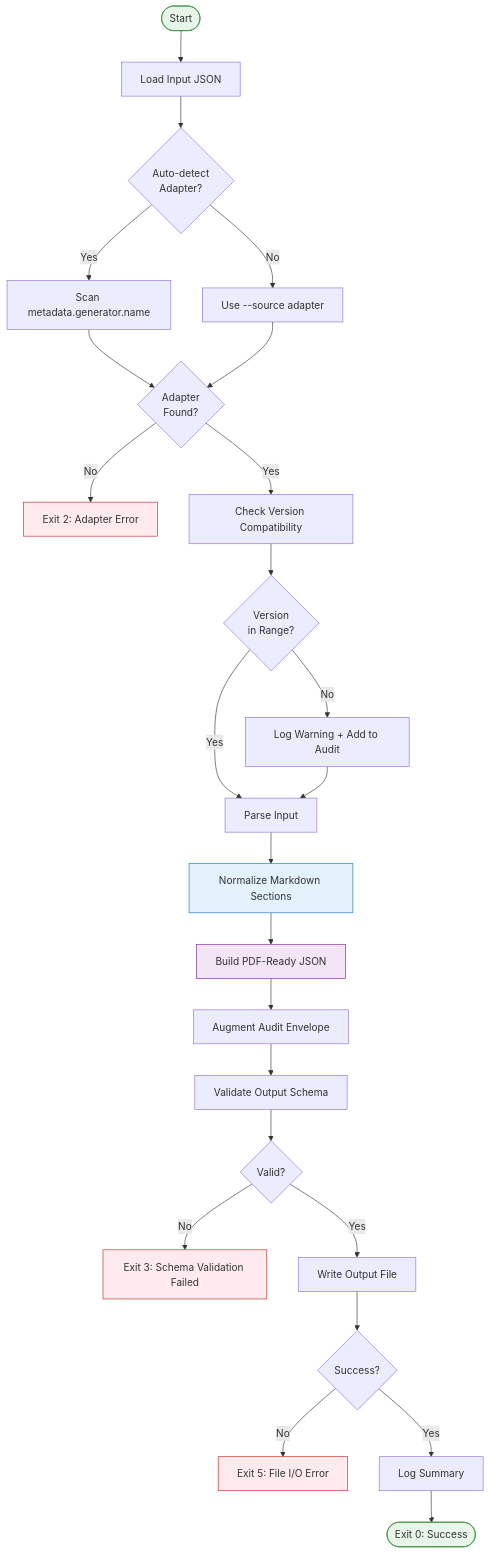
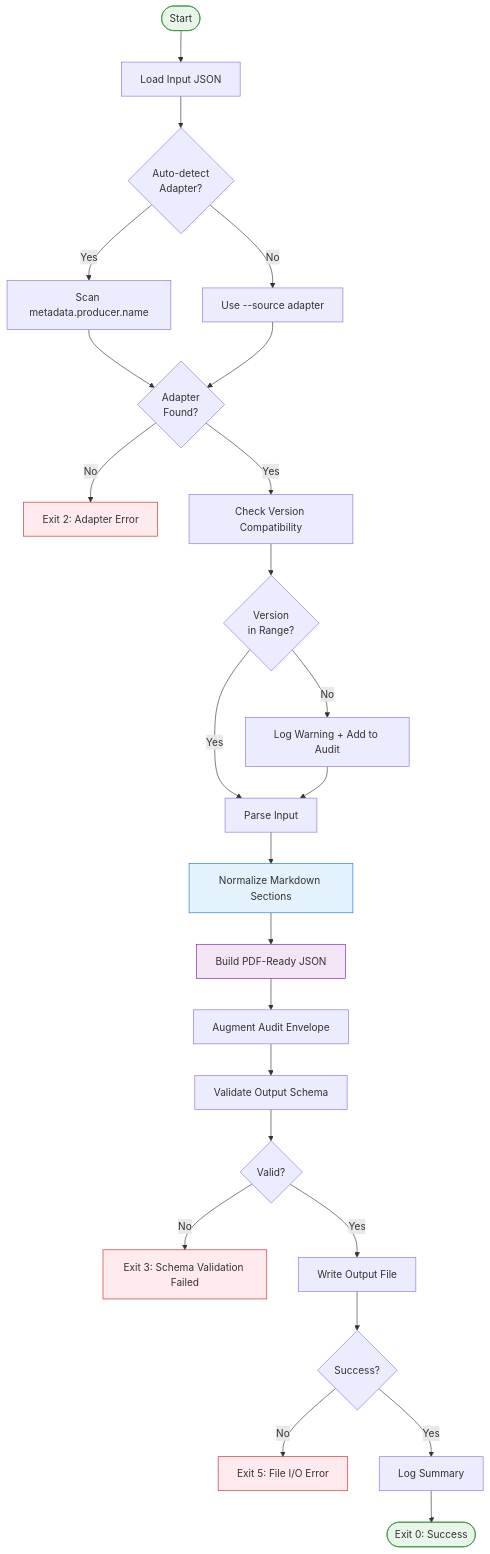
Before and after one commit to AbsaOSS/living-doc-toolkit: the second of 10 diagrams in docs/architecture.md, drawn with Mermaid. The commit also changed other lines of this file and 43 other files, not shown here.

First line of the commit message:
Feature/schema synchronization and export (#41)

````diff
--- a/docs/architecture.md
+++ b/docs/architecture.md
@@ -78,42 +78,42 @@
 ```mermaid
 flowchart TD
     Start([Start]) --> Load[Load Input JSON]
     Load --> Detect{Auto-detect<br/>Adapter?}
     
-    Detect -->|Yes| AutoDetect[Scan metadata.generator.name]
+    Detect -->|Yes| AutoDetect[Scan metadata.producer.name]
     Detect -->|No| ExplicitAdapter[Use --source adapter]
     
     AutoDetect --> CheckAdapter{Adapter<br/>Found?}
     ExplicitAdapter --> CheckAdapter
     
     CheckAdapter -->|No| Error1[Exit 2: Adapter Error]
     CheckAdapter -->|Yes| CheckVersion[Check Version Compatibility]
     
     CheckVersion --> Warn{Version<br/>in Range?}
     Warn -->|No| LogWarn[Log Warning + Add to Audit]
     Warn -->|Yes| Parse[Parse Input]
     LogWarn --> Parse
     
     Parse --> Normalize[Normalize Markdown Sections]
     Normalize --> Build[Build PDF-Ready JSON]
     Build --> Augment[Augment Audit Envelope]
     Augment --> Validate[Validate Output Schema]
     
     Validate --> ValidCheck{Valid?}
     ValidCheck -->|No| Error3[Exit 3: Schema Validation Failed]
     ValidCheck -->|Yes| Write[Write Output File]
     
     Write --> WriteCheck{Success?}
     WriteCheck -->|No| Error5[Exit 5: File I/O Error]
     WriteCheck -->|Yes| Log[Log Summary]
     
     Log --> End([Exit 0: Success])
     
     style Start fill:#e8f5e9,stroke:#388e3c
     style End fill:#e8f5e9,stroke:#388e3c
     style Error1 fill:#ffebee,stroke:#c62828
     style Error3 fill:#ffebee,stroke:#c62828
     style Error5 fill:#ffebee,stroke:#c62828
     style Normalize fill:#e3f2fd,stroke:#1976d2
     style Build fill:#f3e5f5,stroke:#7b1fa2
 ```
````
